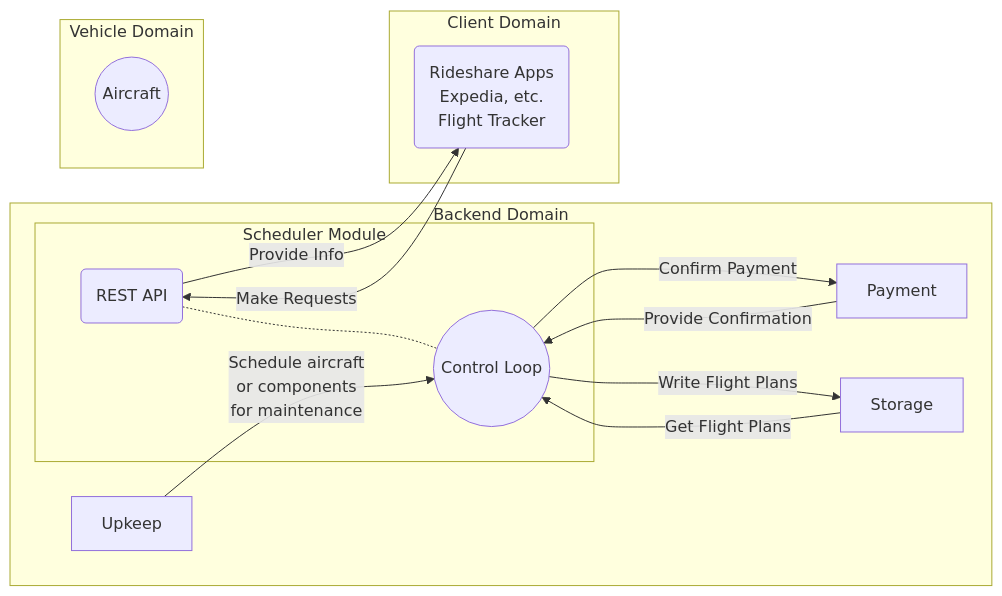
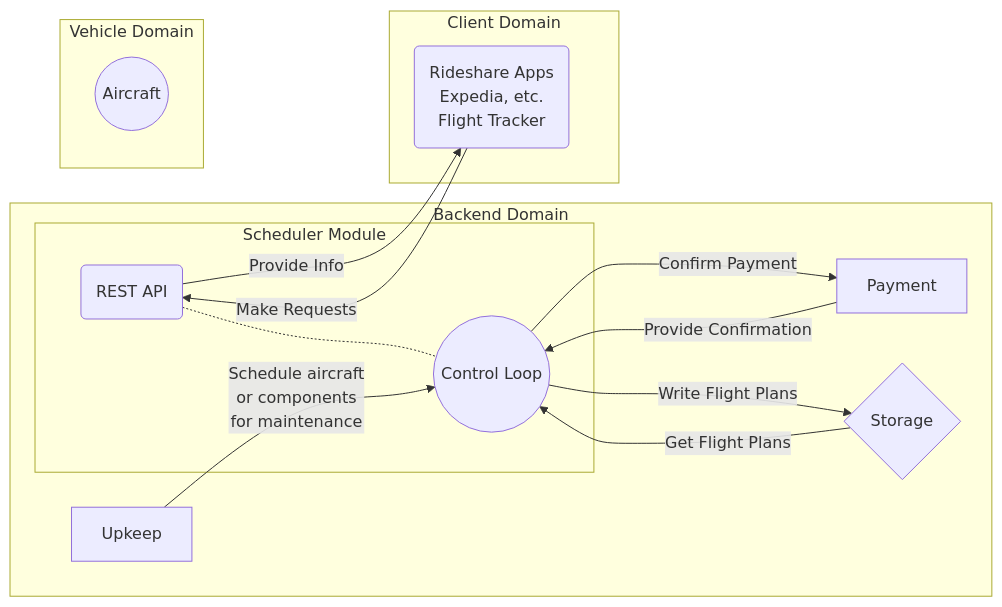
Before and after one commit to joseywalescolt45/systems-engineering: the diagram in scheduler/sdd.md, drawn with Mermaid. The commit also changed other lines of this file and 3 other files, not shown here.

````diff
--- a/scheduler/sdd.md
+++ b/scheduler/sdd.md
@@ -57,33 +76,33 @@
 ```mermaid
 graph LR
 subgraph Backend Domain
     subgraph Scheduler Module
         sch((Control Loop))
         rest(REST API)
     end
     up[Upkeep]
     pay[Payment]
-    storage[Storage]
+    storage{Storage}
 
     rest -.- sch
 
     up -- Schedule aircraft<br/>or components<br/>for maintenance --> sch
 
     storage -- Get Flight Plans --> sch
     sch -- Write Flight Plans --> storage
 
     sch -- Confirm Payment --> pay
     pay -- Provide Confirmation --> sch
 end
 
 subgraph Client Domain
     ride(Rideshare Apps<br/>Expedia, etc.<br/>Flight Tracker)
 
     ride -- Make Requests --> rest
     rest -- Provide Info --> ride
 end
 
 subgraph Vehicle Domain
     air((Aircraft))
 end
 ```
````
